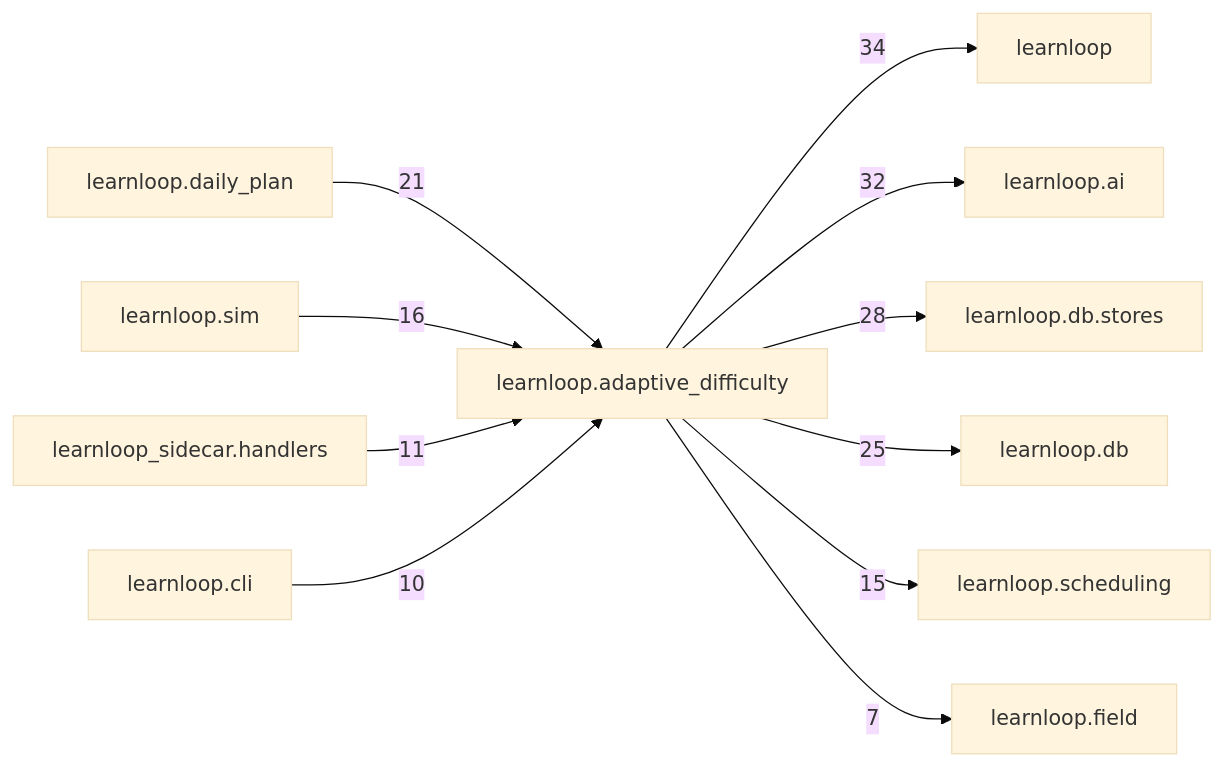
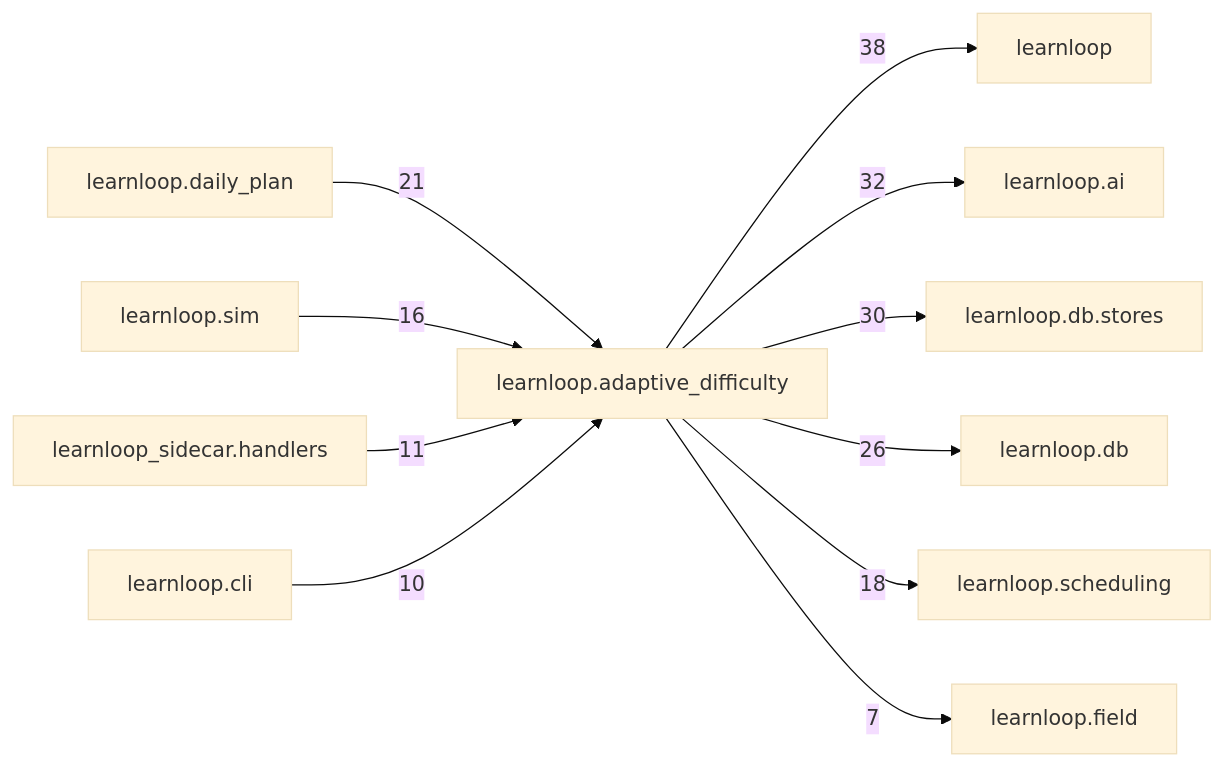
The diagram in docs/learnloop-architecture-vault/Reference/Modules/learnloop/adaptive_difficulty/_package.md (6up-b/learnanything), drawn with Mermaid (base theme) before and after one commit. The commit also changed other lines of this file and 81 other files, not shown here.

````diff
--- a/docs/learnloop-architecture-vault/Reference/Modules/learnloop/adaptive_difficulty/_package.md
+++ b/docs/learnloop-architecture-vault/Reference/Modules/learnloop/adaptive_difficulty/_package.md
@@ -185,24 +190,24 @@
 ```mermaid
 flowchart LR
     center["learnloop.adaptive_difficulty"]
     n_learnloop["learnloop"]
     n_learnloop_ai["learnloop.ai"]
     n_learnloop_db_stores["learnloop.db.stores"]
     n_learnloop_db["learnloop.db"]
     n_learnloop_daily_plan["learnloop.daily_plan"]
+    n_learnloop_scheduling["learnloop.scheduling"]
     n_learnloop_sim["learnloop.sim"]
-    n_learnloop_scheduling["learnloop.scheduling"]
     n_learnloop_sidecar_handlers["learnloop_sidecar.handlers"]
     n_learnloop_cli["learnloop.cli"]
     n_learnloop_field["learnloop.field"]
-    center -->|34| n_learnloop
+    center -->|38| n_learnloop
     center -->|32| n_learnloop_ai
-    center -->|28| n_learnloop_db_stores
-    center -->|25| n_learnloop_db
+    center -->|30| n_learnloop_db_stores
+    center -->|26| n_learnloop_db
     n_learnloop_daily_plan -->|21| center
+    center -->|18| n_learnloop_scheduling
     n_learnloop_sim -->|16| center
-    center -->|15| n_learnloop_scheduling
     n_learnloop_sidecar_handlers -->|11| center
     n_learnloop_cli -->|10| center
     center -->|7| n_learnloop_field
 ```
````
